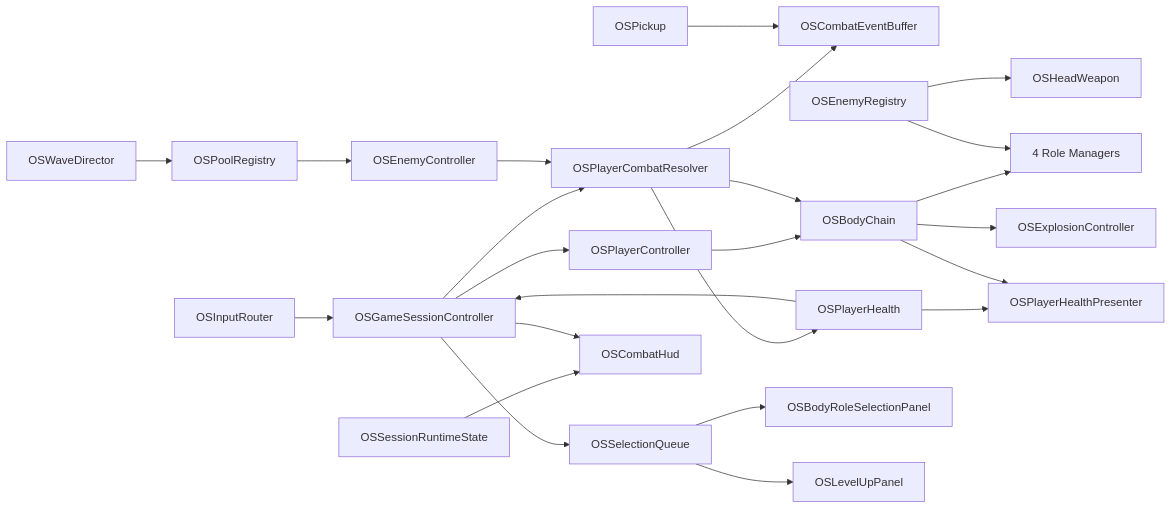
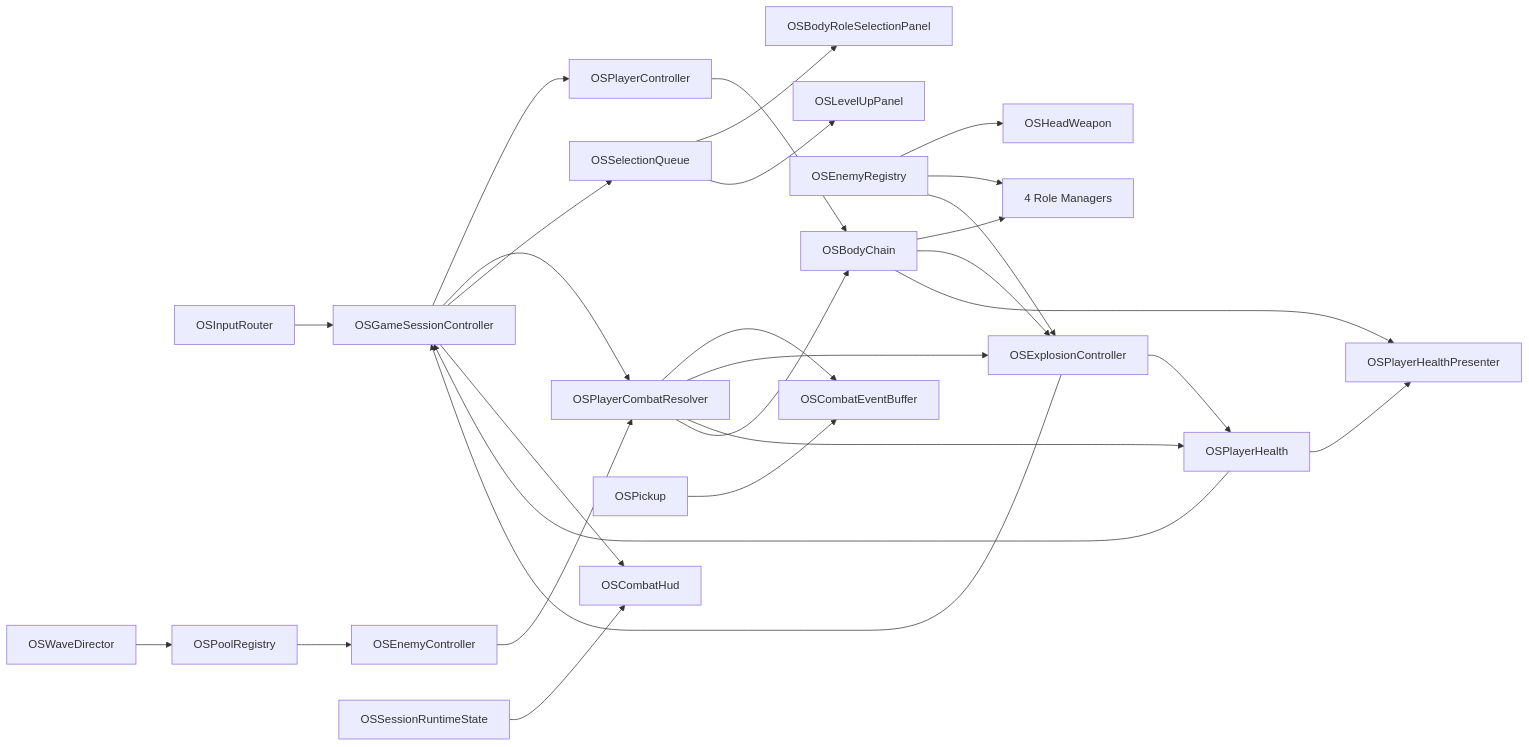
The diagram in docs/OUROBOROS_SWARM_Unity_설계서.md (WackyGameStudio/Ouroboros), drawn with Mermaid before and after one commit. The commit also changed other lines of this file and 28 other files, not shown here.

````diff
--- a/docs/OUROBOROS_SWARM_Unity_설계서.md
+++ b/docs/OUROBOROS_SWARM_Unity_설계서.md
@@ -1010,26 +1012,30 @@
 ```mermaid
 flowchart LR
     Input[OSInputRouter] --> Session[OSGameSessionController]
     Session --> Player[OSPlayerController]
     Session --> Resolver[OSPlayerCombatResolver]
     Resolver --> Buffer[OSCombatEventBuffer]
     Session --> Queue[OSSelectionQueue]
     Player --> Chain[OSBodyChain]
     Chain --> Roles[4 Role Managers]
     Chain --> Explosion[OSExplosionController]
+    Resolver --> Explosion
     Registry[OSEnemyRegistry] --> Head[OSHeadWeapon]
     Registry --> Roles
+    Registry --> Explosion
     Wave[OSWaveDirector] --> Pool[OSPoolRegistry]
     Pool --> Enemy[OSEnemyController]
     Enemy --> Resolver
     Pickup[OSPickup] --> Buffer
     Resolver --> Health[OSPlayerHealth]
     Resolver --> Chain
+    Explosion --> Health
+    Explosion --> Session
     Health --> Session
     Runtime[OSSessionRuntimeState] --> HUD[OSCombatHud]
     Health --> HealthHUD[OSPlayerHealthPresenter]
     Chain --> HealthHUD
     Session --> HUD
     Queue --> BodyUI[OSBodyRoleSelectionPanel]
     Queue --> LevelUI[OSLevelUpPanel]
 ```
````
